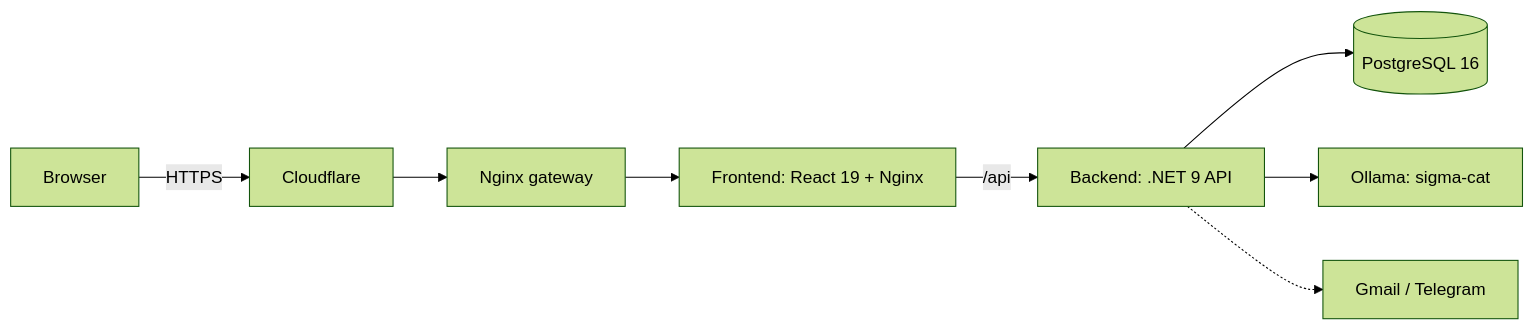
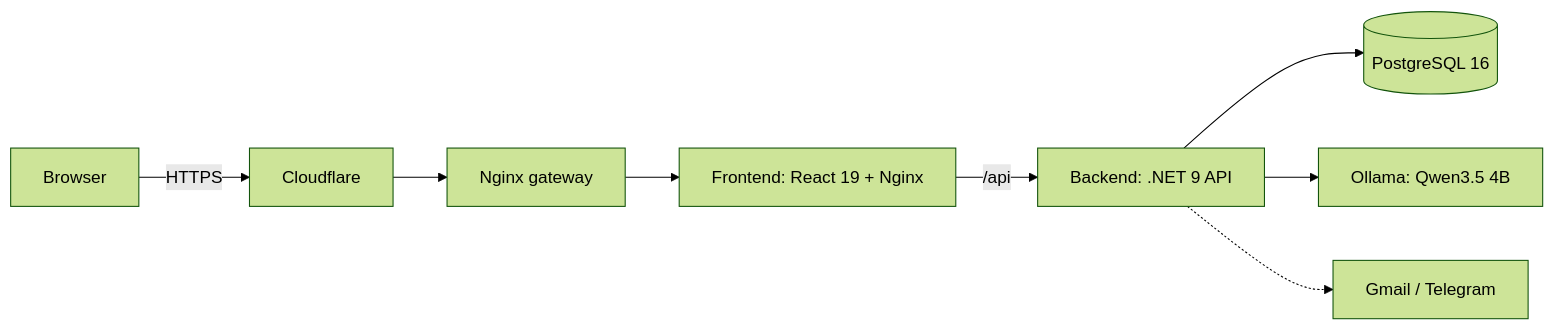
The diagram in README.md (VyKhoi/Portfolio), drawn with Mermaid (forest theme) before and after one commit. The commit also changed other lines of this file and 53 other files, not shown here.

First line of the commit message:
feat: rebuild Sigma Cat as a proper chat feature

````diff
--- a/README.md
+++ b/README.md
@@ -23,10 +23,10 @@
 ```mermaid
 graph LR
     U["Browser"] -->|"HTTPS"| CF["Cloudflare"]
     CF --> GW["Nginx gateway"]
     GW --> FE["Frontend: React 19 + Nginx"]
     FE -->|"/api"| BE["Backend: .NET 9 API"]
     BE --> DB[("PostgreSQL 16")]
-    BE --> AI["Ollama: sigma-cat"]
+    BE --> AI["Ollama: Qwen3.5 4B"]
     BE -.-> N["Gmail / Telegram"]
 ```
````
